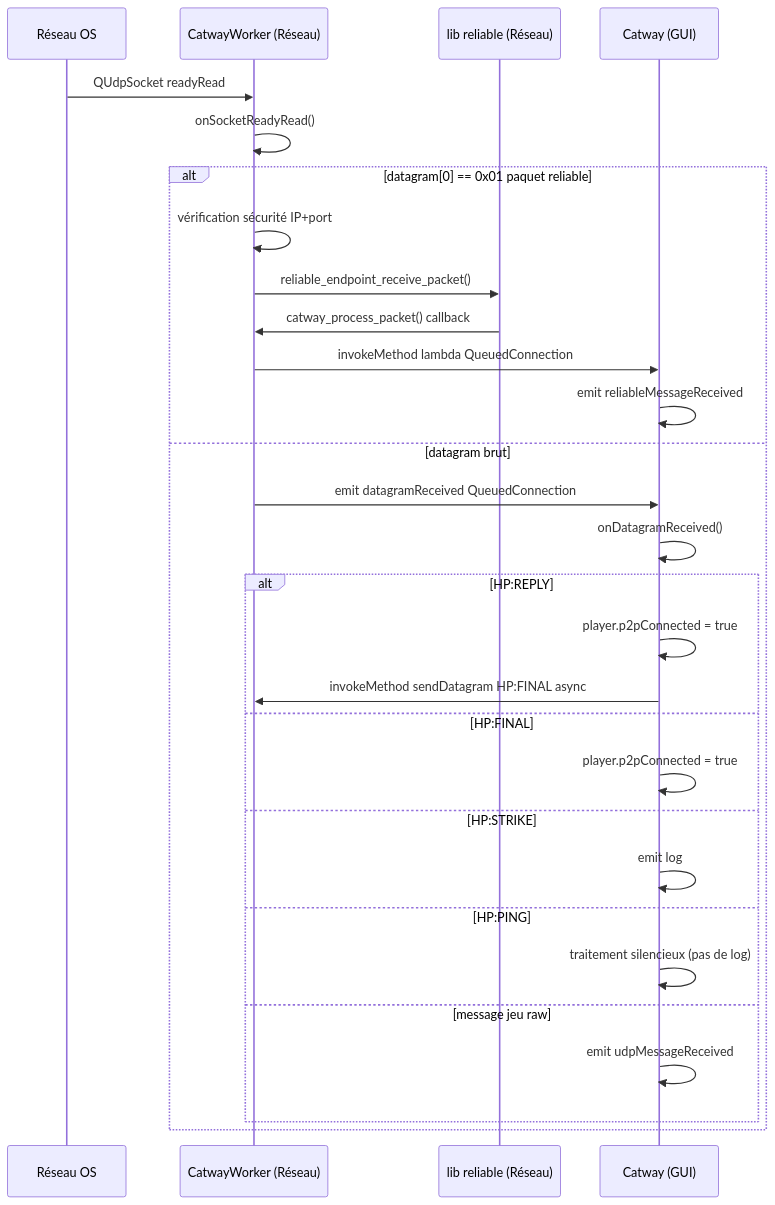
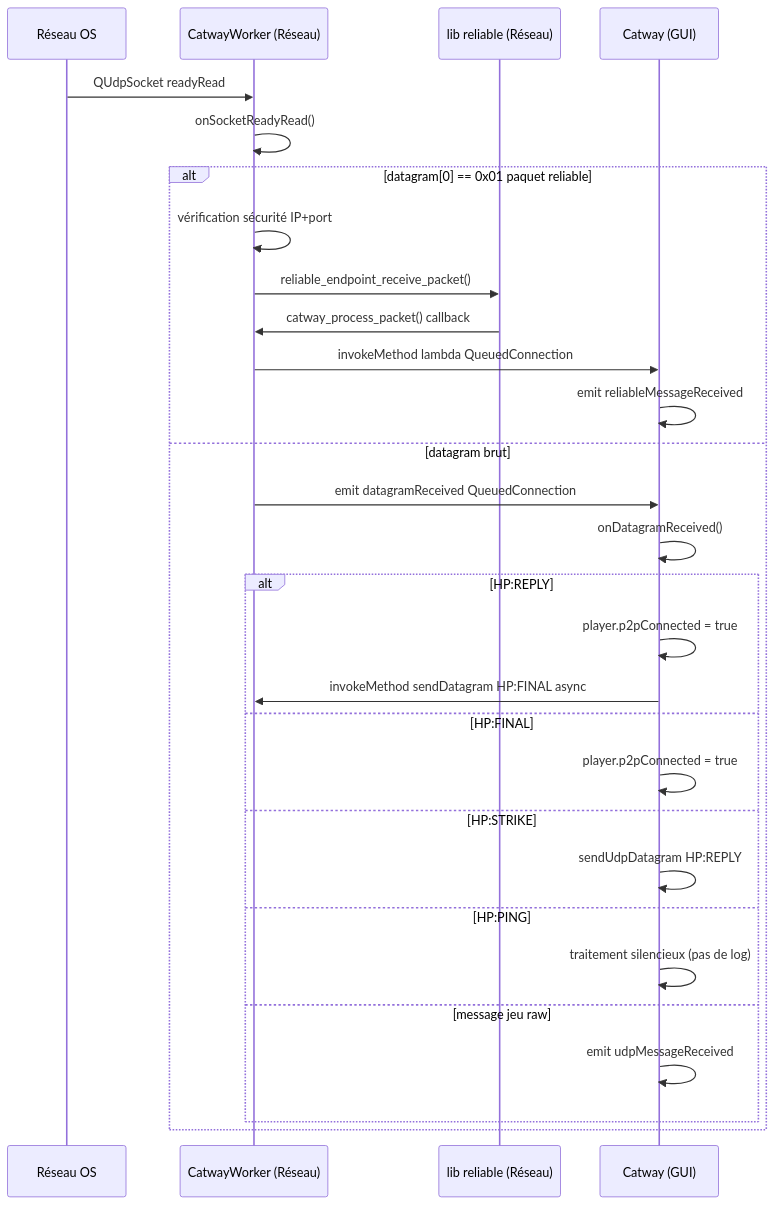
Before and after one commit to antoinnneee/meownopoly: the third of 6 diagrams in Meownopoly/doc/architecture/CATWAY_ARCHITECTURE.md, drawn with Mermaid. The commit also changed other lines of this file and 10 other files, not shown here.

````diff
--- a/Meownopoly/doc/architecture/CATWAY_ARCHITECTURE.md
+++ b/Meownopoly/doc/architecture/CATWAY_ARCHITECTURE.md
@@ -204,32 +212,32 @@
 ```mermaid
 sequenceDiagram
     participant Net as Réseau OS
     participant Worker as CatwayWorker (Réseau)
     participant Lib as lib reliable (Réseau)
     participant Catway as Catway (GUI)
 
     Net->>Worker: QUdpSocket readyRead
     Worker->>Worker: onSocketReadyRead()
     alt datagram[0] == 0x01 paquet reliable
         Worker->>Worker: vérification sécurité IP+port
         Worker->>Lib: reliable_endpoint_receive_packet()
         Lib->>Worker: catway_process_packet() callback
         Worker->>Catway: invokeMethod lambda QueuedConnection
         Catway->>Catway: emit reliableMessageReceived
     else datagram brut
         Worker->>Catway: emit datagramReceived QueuedConnection
         Catway->>Catway: onDatagramReceived()
         alt HP:REPLY
             Catway->>Catway: player.p2pConnected = true
             Catway->>Worker: invokeMethod sendDatagram HP:FINAL async
         else HP:FINAL
             Catway->>Catway: player.p2pConnected = true
         else HP:STRIKE
-            Catway->>Catway: emit log
+            Catway->>Catway: sendUdpDatagram HP:REPLY
         else HP:PING
             Catway->>Catway: traitement silencieux (pas de log)
         else message jeu raw
             Catway->>Catway: emit udpMessageReceived
         end
     end
 ```
````
